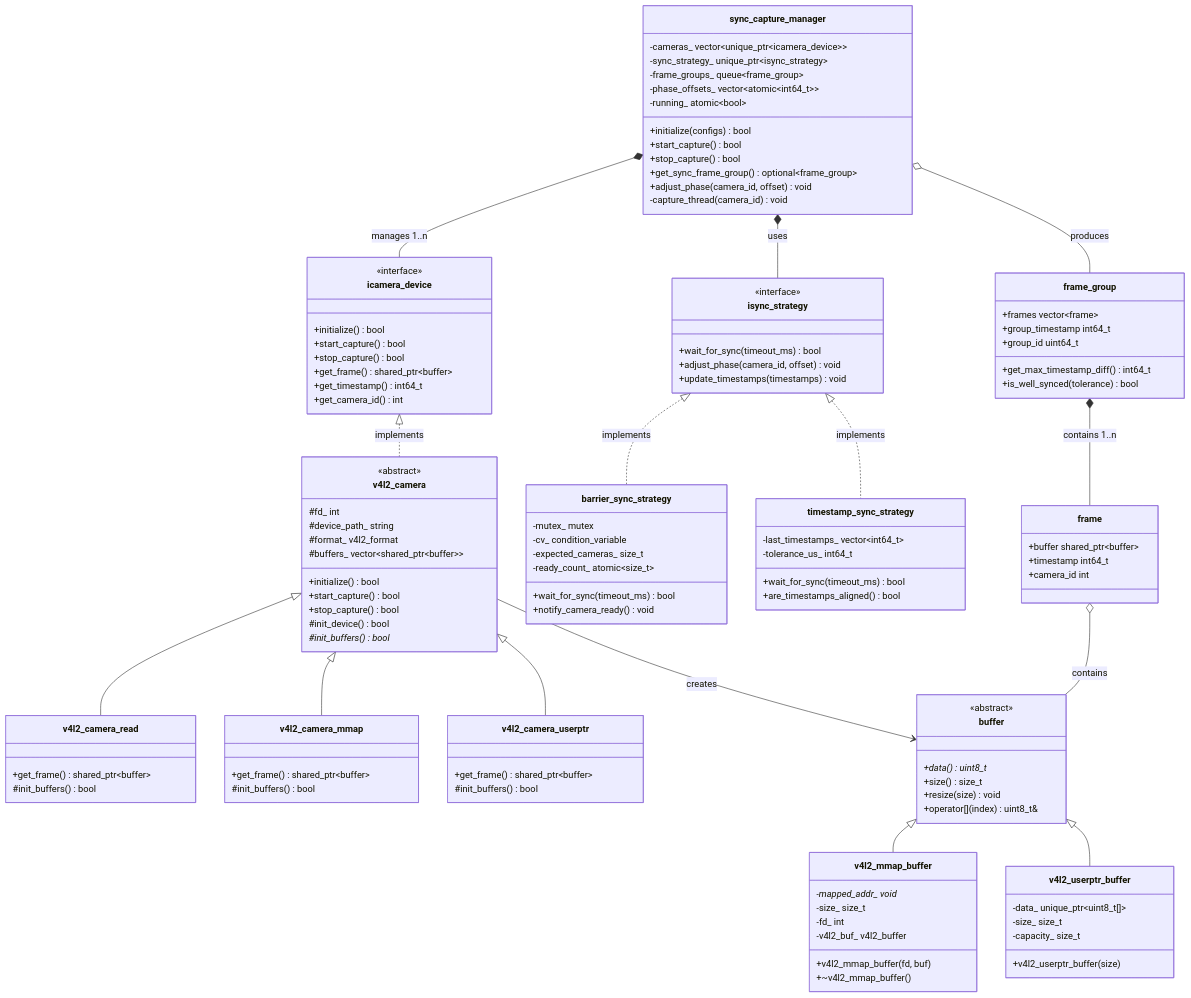
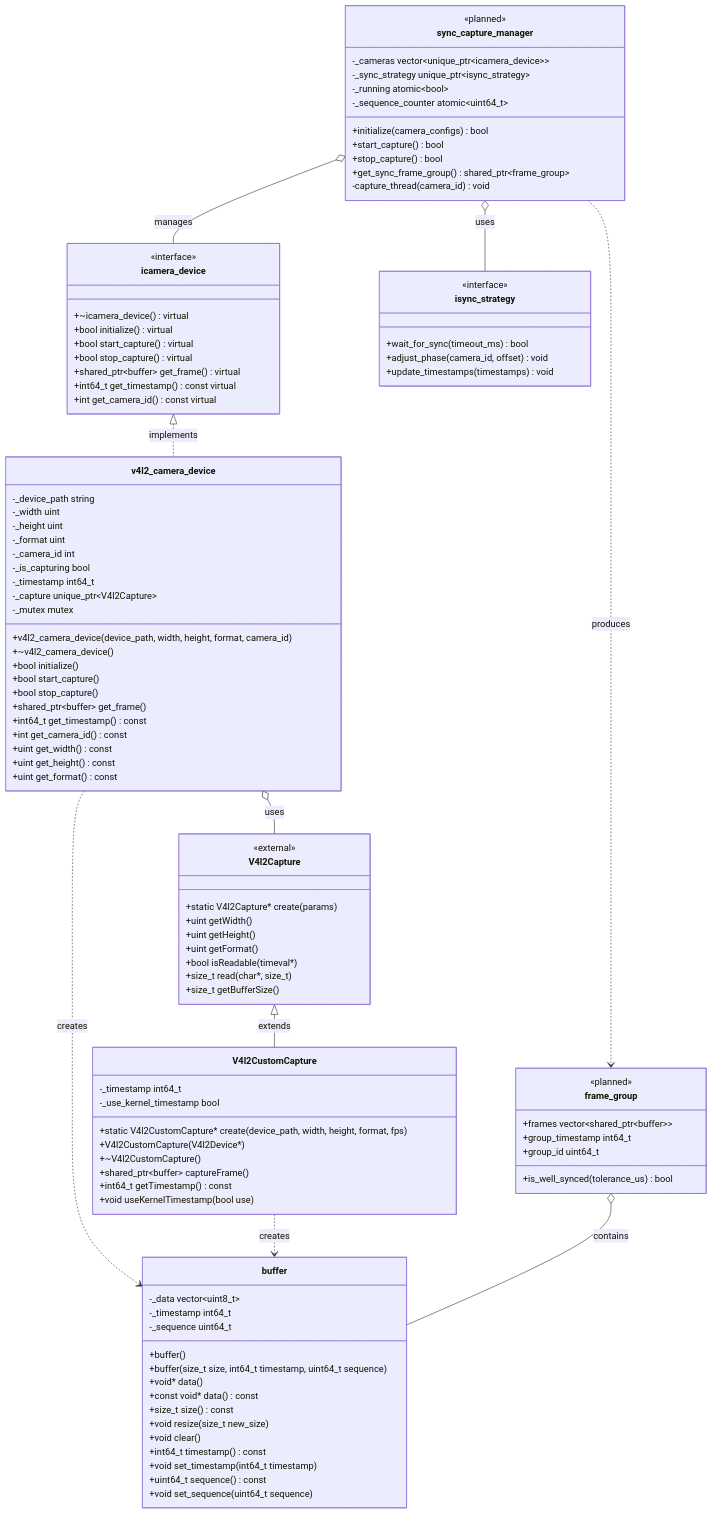
Before and after one commit to eternal-echo/sync_cameras: the diagram in README.md, drawn with Mermaid. The commit also changed 5 other files, not shown here.

````diff
--- a/README.md
+++ b/README.md
@@ -2,135 +2,115 @@
 ```mermaid
 classDiagram
+    class buffer {
+        -_data vector~uint8_t~
+        -_timestamp int64_t
+        -_sequence uint64_t
+        +buffer()
+        +buffer(size_t size, int64_t timestamp, uint64_t sequence)
+        +void* data()
+        +const void* data() const
+        +size_t size() const
+        +void resize(size_t new_size)
+        +void clear()
+        +int64_t timestamp() const
+        +void set_timestamp(int64_t timestamp)
+        +uint64_t sequence() const
+        +void set_sequence(uint64_t sequence)
+    }
+
     class icamera_device {
         <<interface>>
-        +initialize() bool
+        +~icamera_device() virtual
+        +bool initialize() virtual
+        +bool start_capture() virtual
+        +bool stop_capture() virtual
+        +shared_ptr~buffer~ get_frame() virtual
+        +int64_t get_timestamp() const virtual
+        +int get_camera_id() const virtual
+    }
+
+    class v4l2_camera_device {
+        -_device_path string
+        -_width uint
+        -_height uint
+        -_format uint
+        -_camera_id int
+        -_is_capturing bool
+        -_timestamp int64_t
+        -_capture unique_ptr~V4l2Capture~
+        -_mutex mutex
+        +v4l2_camera_device(device_path, width, height, format, camera_id)
+        +~v4l2_camera_device()
+        +bool initialize()
+        +bool start_capture()
+        +bool stop_capture()
+        +shared_ptr~buffer~ get_frame()
+        +int64_t get_timestamp() const
+        +int get_camera_id() const
+        +uint get_width() const
+        +uint get_height() const
+        +uint get_format() const
+    }
+    
+    class V4l2Capture {
+        <<external>>
+        +static V4l2Capture* create(params)
+        +uint getWidth()
+        +uint getHeight()
+        +uint getFormat()
+        +bool isReadable(timeval*)
+        +size_t read(char*, size_t)
+        +size_t getBufferSize()
+    }
+
+    class V4l2CustomCapture {
+        -_timestamp int64_t
+        -_use_kernel_timestamp bool
+        +static V4l2CustomCapture* create(device_path, width, height, format, fps)
+        +V4l2CustomCapture(V4l2Device*)
+        +~V4l2CustomCapture()
+        +shared_ptr~buffer~ captureFrame()
+        +int64_t getTimestamp() const
+        +void useKernelTimestamp(bool use)
+    }
+    
+    %% 未实现但在设计中的类
+    class sync_capture_manager {
+        <<planned>>
+        -_cameras vector~unique_ptr~icamera_device~~
+        -_sync_strategy unique_ptr~isync_strategy~
+        -_running atomic~bool~
+        -_sequence_counter atomic~uint64_t~
+        +initialize(camera_configs) bool
         +start_capture() bool
         +stop_capture() bool
-        +get_frame() shared_ptr~buffer~
-        +get_timestamp() int64_t
-        +get_camera_id() int
-    }
-
-    class v4l2_camera {
-        <<abstract>>
-        #fd_ int
-        #device_path_ string
-        #format_ v4l2_format
-        #buffers_ vector~shared_ptr~buffer~~
-        +initialize() bool
-        +start_capture() bool
-        +stop_capture() bool
-        #init_device() bool
-        #init_buffers() bool*
-    }
-
-    class v4l2_camera_read {
-        +get_frame() shared_ptr~buffer~
-        #init_buffers() bool
-    }
-
-    class v4l2_camera_mmap {
-        +get_frame() shared_ptr~buffer~
-        #init_buffers() bool
-    }
-
-    class v4l2_camera_userptr {
-        +get_frame() shared_ptr~buffer~
-        #init_buffers() bool
-    }
-
-    class buffer {
-        <<abstract>>
-        +data() uint8_t*
-        +size() size_t
-        +resize(size) void
-        +operator[](index) uint8_t&
-    }
-
-    class v4l2_mmap_buffer {
-        -mapped_addr_ void*
-        -size_ size_t
-        -fd_ int
-        -v4l2_buf_ v4l2_buffer
-        +v4l2_mmap_buffer(fd, buf)
-        +~v4l2_mmap_buffer()
-    }
-
-    class v4l2_userptr_buffer {
-        -data_ unique_ptr~uint8_t[]~
-        -size_ size_t
-        -capacity_ size_t
-        +v4l2_userptr_buffer(size)
+        +get_sync_frame_group() shared_ptr~frame_group~
+        -capture_thread(camera_id) void
     }
 
     class isync_strategy {
         <<interface>>
+        <<planned>>
         +wait_for_sync(timeout_ms) bool
         +adjust_phase(camera_id, offset) void
         +update_timestamps(timestamps) void
     }
 
-    class barrier_sync_strategy {
-        -mutex_ mutex
-        -cv_ condition_variable
-        -expected_cameras_ size_t
-        -ready_count_ atomic~size_t~
-        +wait_for_sync(timeout_ms) bool
-        +notify_camera_ready() void
+    class frame_group {
+        <<planned>>
+        +frames vector~shared_ptr~buffer~~
+        +group_timestamp int64_t
+        +group_id uint64_t
+        +is_well_synced(tolerance_us) bool
     }
 
-    class timestamp_sync_strategy {
-        -last_timestamps_ vector~int64_t~
-        -tolerance_us_ int64_t
-        +wait_for_sync(timeout_ms) bool
-        +are_timestamps_aligned() bool
-    }
-
-    class sync_capture_manager {
-        -cameras_ vector~unique_ptr~icamera_device~~
-        -sync_strategy_ unique_ptr~isync_strategy~
-        -frame_groups_ queue~frame_group~
-        -phase_offsets_ vector~atomic~int64_t~~
-        -running_ atomic~bool~
-        +initialize(configs) bool
-        +start_capture() bool
-        +stop_capture() bool
-        +get_sync_frame_group() optional~frame_group~
-        +adjust_phase(camera_id, offset) void
-        -capture_thread(camera_id) void
-    }
-
-    class frame {
-        +buffer shared_ptr~buffer~
-        +timestamp int64_t
-        +camera_id int
-    }
-
-    class frame_group {
-        +frames vector~frame~
-        +group_timestamp int64_t
-        +group_id uint64_t
-        +get_max_timestamp_diff() int64_t
-        +is_well_synced(tolerance) bool
-    }
-
-    icamera_device <|.. v4l2_camera : implements
-    v4l2_camera <|-- v4l2_camera_read
-    v4l2_camera <|-- v4l2_camera_mmap
-    v4l2_camera <|-- v4l2_camera_userptr
-    
-    buffer <|-- v4l2_mmap_buffer
-    buffer <|-- v4l2_userptr_buffer
-    
-    isync_strategy <|.. barrier_sync_strategy : implements
-    isync_strategy <|.. timestamp_sync_strategy : implements
-    
-    sync_capture_manager *-- icamera_device : manages 1..n
-    sync_capture_manager *-- isync_strategy : uses
-    sync_capture_manager o-- frame_group : produces
-    
-    frame_group *-- frame : contains 1..n
-    frame o-- buffer : contains
-    
-    v4l2_camera --> buffer : creates
+    icamera_device <|.. v4l2_camera_device : implements
+    v4l2_camera_device o-- V4l2Capture : uses
+    V4l2Capture <|-- V4l2CustomCapture : extends
+    v4l2_camera_device ..> buffer : creates
+    V4l2CustomCapture ..> buffer : creates
+    sync_capture_manager o-- icamera_device : manages
+    sync_capture_manager o-- isync_strategy : uses
+    sync_capture_manager ..> frame_group : produces
+    frame_group o-- buffer : contains
 ```
````
